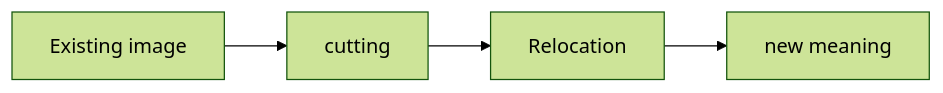
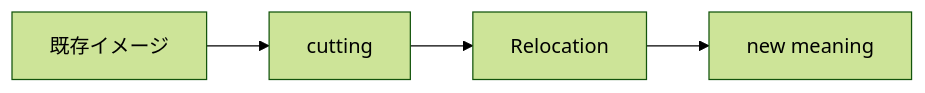
The second of 5 diagrams in en/_posts/2026-04-18-column-basquiat.md (monumental-movement/monumental-movement.github.io), drawn with Mermaid (forest theme) before and after one commit. The commit also changed other lines of this file and 1012 other files, not shown here.

```diff
--- a/en/_posts/2026-04-18-column-basquiat.md
+++ b/en/_posts/2026-04-18-column-basquiat.md
@@ -82,6 +82,6 @@
 <div class="mermaid">
 flowchart LR
-A[Existing image] --> B[cutting]
+A[既存イメージ] --> B[cutting]
 B --> C[Relocation]
 C --> D[new meaning]
 </div>
```
